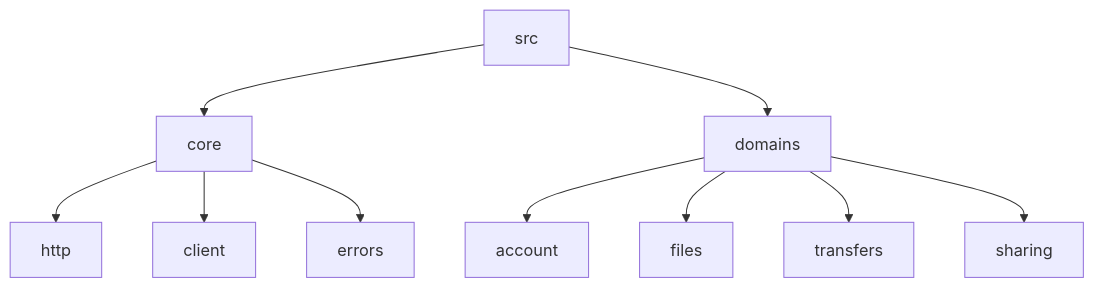
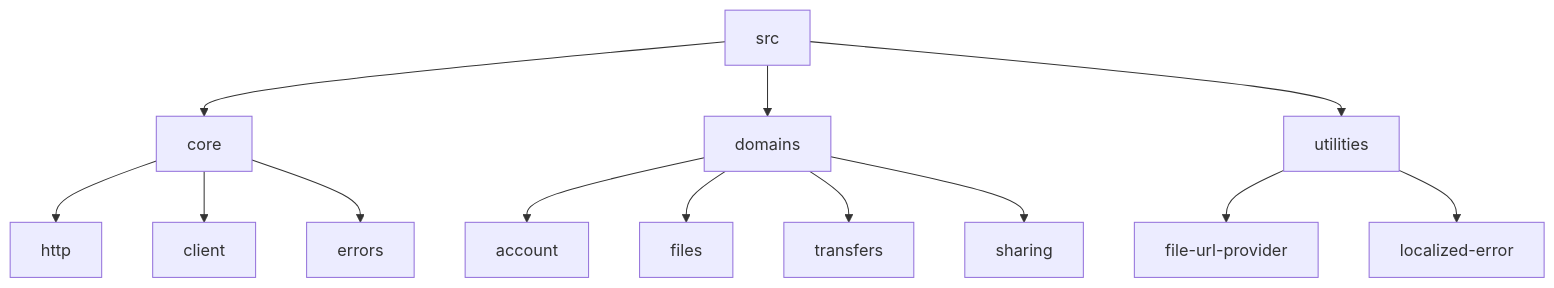
Before and after one commit to putdotio/putio-sdk-typescript: the second of 2 diagrams in docs/ARCHITECTURE.md, drawn with Mermaid. The commit also changed other lines of this file and 9 other files, not shown here.

````diff
--- a/docs/ARCHITECTURE.md
+++ b/docs/ARCHITECTURE.md
@@ -42,12 +44,15 @@
 ```mermaid
 graph TD
   SDK["src"] --> Core["core"]
   SDK --> Domains["domains"]
+  SDK --> Utilities["utilities"]
   Core --> Http["http"]
   Core --> Client["client"]
   Core --> Errors["errors"]
+  Utilities --> Urls["file-url-provider"]
+  Utilities --> Localized["localized-error"]
   Domains --> Account["account"]
   Domains --> Files["files"]
   Domains --> Transfers["transfers"]
   Domains --> Sharing["sharing"]
 ```
````
